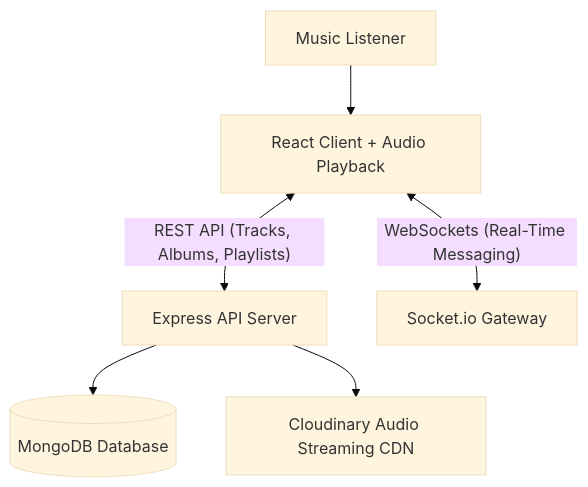
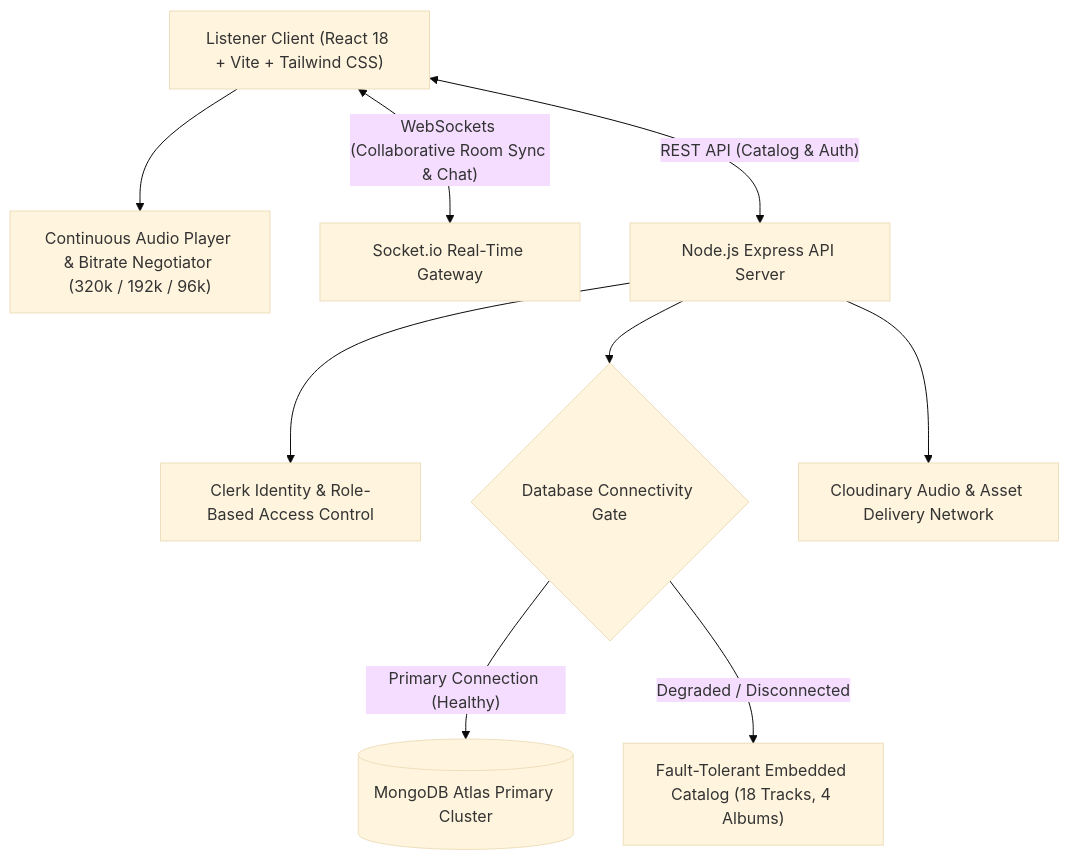
One commit to MuhammadMinhaj229/SPOTIFY-PROJECT changed the diagram in README.md. Above: the diagram before and after it, drawn with Mermaid (base theme). The commit also changed other lines of this file and 4 other files, not shown here.

Commit message:
feat(audio): upgrade to enterprise audio distribution, lossless bitrate negotiation, and streaming resilience

````diff
--- a/README.md
+++ b/README.md
@@ -11,8 +16,14 @@
 ```mermaid
 flowchart TD
-    User["Music Listener"] --> Frontend["React Client + Audio Playback"]
-    Frontend <-->|"REST API (Tracks, Albums, Playlists)"| ExpressAPI["Express API Server"]
-    Frontend <-->|"WebSockets (Real-Time Messaging)"| SocketIO["Socket.io Gateway"]
-    ExpressAPI --> Mongo[("MongoDB Database")]
-    ExpressAPI --> Cloudinary["Cloudinary Audio Streaming CDN"]
+    Listener["Listener Client (React 18 + Vite + Tailwind CSS)"] --> Player["Continuous Audio Player & Bitrate Negotiator (320k / 192k / 96k)"]
+    Listener <-->|"WebSockets (Collaborative Room Sync & Chat)"| SocketGateway["Socket.io Real-Time Gateway"]
+    
+    Listener <-->|"REST API (Catalog & Auth)"| ExpressServer["Node.js Express API Server"]
+    ExpressServer --> ClerkAuth["Clerk Identity & Role-Based Access Control"]
+    
+    ExpressServer --> DBGate{"Database Connectivity Gate"}
+    DBGate -->|"Primary Connection (Healthy)"| MongoCluster[("MongoDB Atlas Primary Cluster")]
+    DBGate -->|"Degraded / Disconnected"| FallbackStore["Fault-Tolerant Embedded Catalog (18 Tracks, 4 Albums)"]
+    
+    ExpressServer --> CloudinaryCDN["Cloudinary Audio & Asset Delivery Network"]
 ```
````
